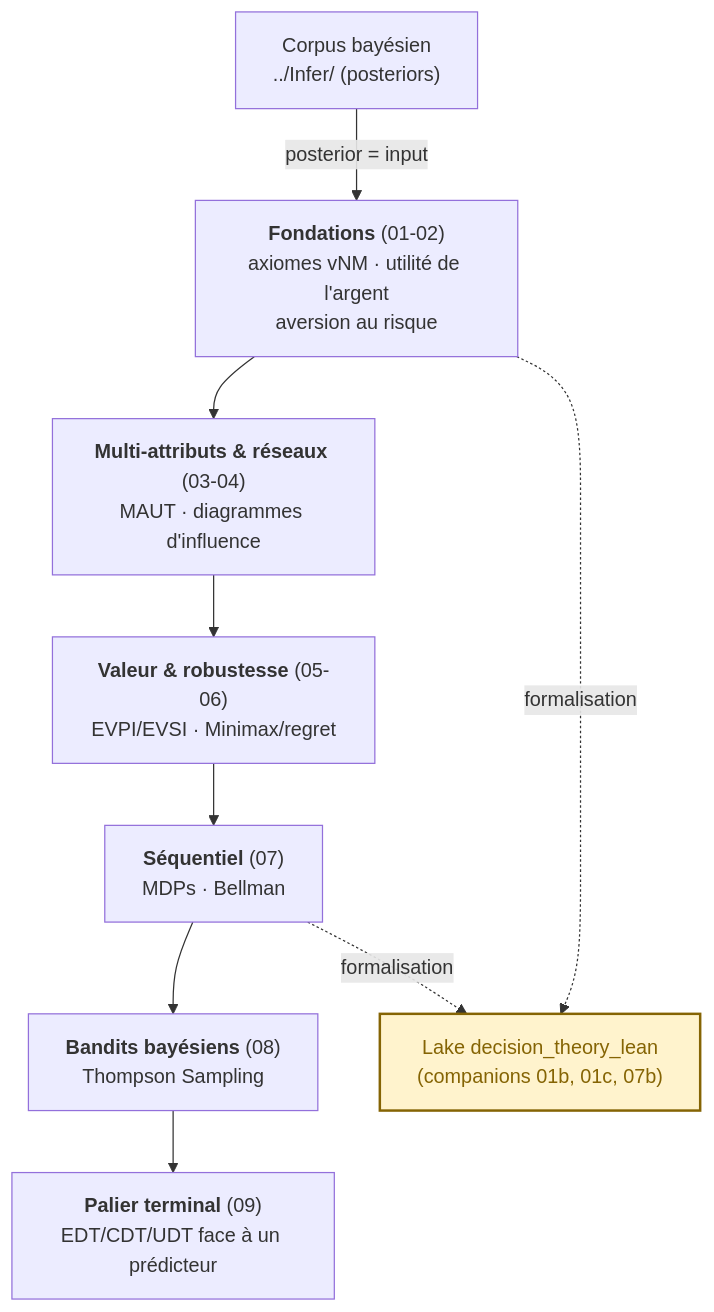
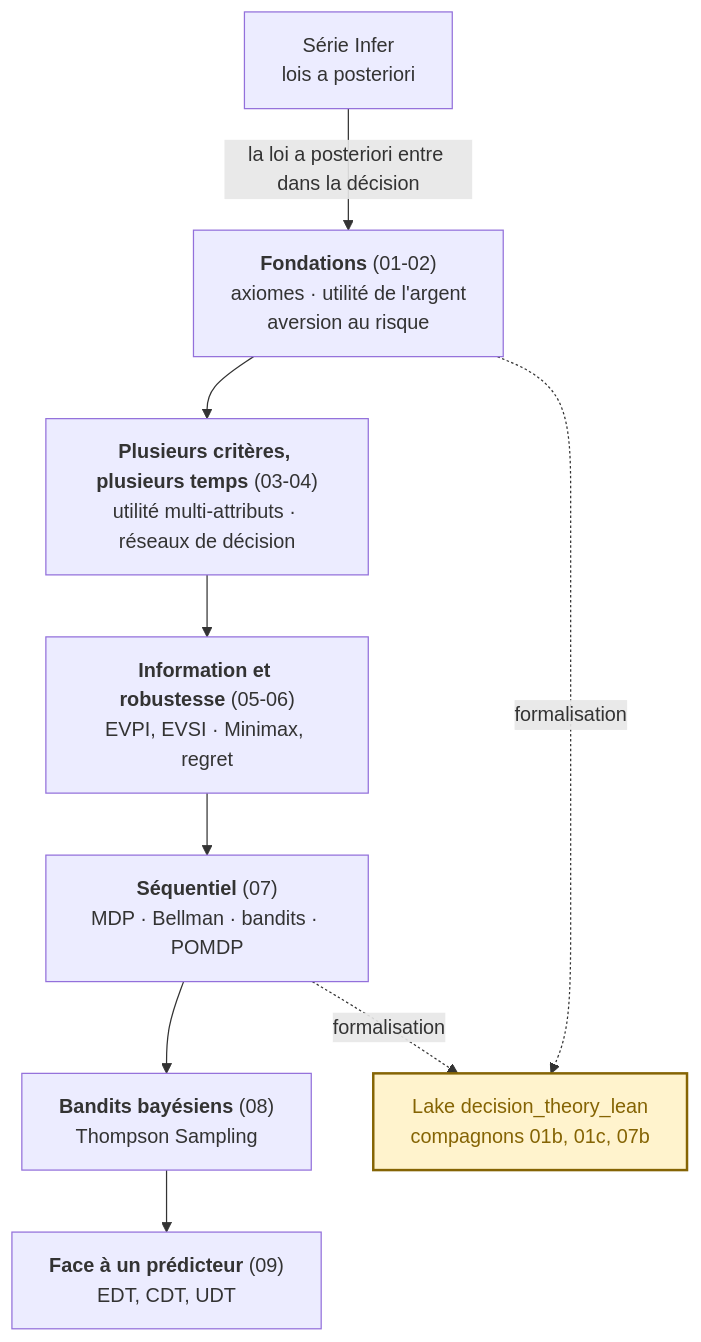
The diagram in MyIA.AI.Notebooks/Probas/DecisionTheory/DecInfer/README.md (jsboige/CoursIA), drawn with Mermaid before and after one commit. The commit also changed other lines of this file and 5 other files, not shown here.

First line of the commit message:
Docs(probas,#3973): reecriture ascendante des README Applications et DecisionTheory

````diff
--- a/MyIA.AI.Notebooks/Probas/DecisionTheory/DecInfer/README.md
+++ b/MyIA.AI.Notebooks/Probas/DecisionTheory/DecInfer/README.md
@@ -50,18 +31,18 @@
 ```mermaid
 flowchart TD
-    A["<b>Fondations</b> (01-02)<br/>axiomes vNM · utilité de l'argent<br/>aversion au risque"]
-    B["<b>Multi-attributs & réseaux</b> (03-04)<br/>MAUT · diagrammes d'influence"]
-    C["<b>Valeur & robustesse</b> (05-06)<br/>EVPI/EVSI · Minimax/regret"]
-    D["<b>Séquentiel</b> (07)<br/>MDPs · Bellman"]
+    A["<b>Fondations</b> (01-02)<br/>axiomes · utilité de l'argent<br/>aversion au risque"]
+    B["<b>Plusieurs critères, plusieurs temps</b> (03-04)<br/>utilité multi-attributs · réseaux de décision"]
+    C["<b>Information et robustesse</b> (05-06)<br/>EVPI, EVSI · Minimax, regret"]
+    D["<b>Séquentiel</b> (07)<br/>MDP · Bellman · bandits · POMDP"]
     E["<b>Bandits bayésiens</b> (08)<br/>Thompson Sampling"]
-    F["<b>Palier terminal</b> (09)<br/>EDT/CDT/UDT face à un prédicteur"]
-    BAY["Corpus bayésien<br/>../Infer/ (posteriors)"]
-    LAKE["Lake decision_theory_lean<br/>(companions 01b, 01c, 07b)"]
-    BAY -->|"posterior = input"| A
+    F["<b>Face à un prédicteur</b> (09)<br/>EDT, CDT, UDT"]
+    BAY["Série Infer<br/>lois a posteriori"]
+    LAKE["Lake decision_theory_lean<br/>compagnons 01b, 01c, 07b"]
+    BAY -->|"la loi a posteriori entre dans la décision"| A
     A --> B --> C --> D --> E --> F
     A -.->|"formalisation"| LAKE
     D -.->|"formalisation"| LAKE
-    %% color: explicite -- sans lui, libelle clair sur fond clair en mode sombre GitHub (#15022) ; ne pas harmoniser le ton avec le stroke (libelle sinon illisible)
+    %% color: explicite -- sans lui, libelle clair sur fond clair en mode sombre GitHub ; ne pas harmoniser le ton avec le stroke (libelle sinon illisible)
     classDef lean fill:#fff3cd,stroke:#856404,stroke-width:2px,color:#856404;
     class LAKE lean;
 ```
````
